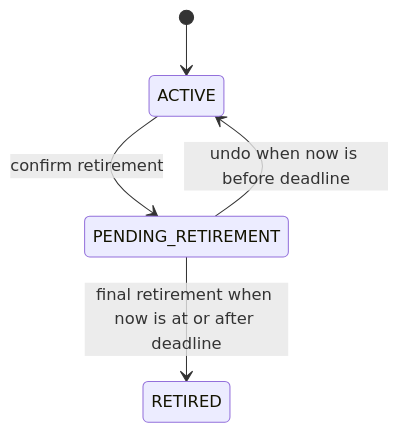
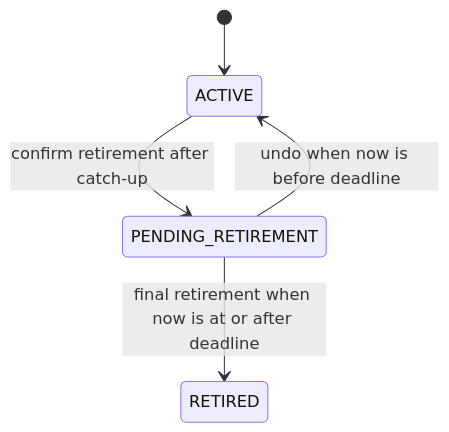
The third of 7 diagrams in docs/architecture/habit-tracker-v1-architecture.md (AnilDeshpande/SampleHabitTrackerApp), drawn with Mermaid before and after one commit. The commit also changed other lines of this file and 7 other files, not shown here.

First line of the commit message:
Close habit tracker architecture gaps and route harness

````diff
--- a/docs/architecture/habit-tracker-v1-architecture.md
+++ b/docs/architecture/habit-tracker-v1-architecture.md
@@ -158,7 +308,7 @@
 ```mermaid
 stateDiagram-v2
     [*] --> ACTIVE
-    ACTIVE --> PENDING_RETIREMENT: confirm retirement
+    ACTIVE --> PENDING_RETIREMENT: confirm retirement after catch-up
     PENDING_RETIREMENT --> ACTIVE: undo when now is before deadline
     PENDING_RETIREMENT --> RETIRED: final retirement when now is at or after deadline
 ```
````
